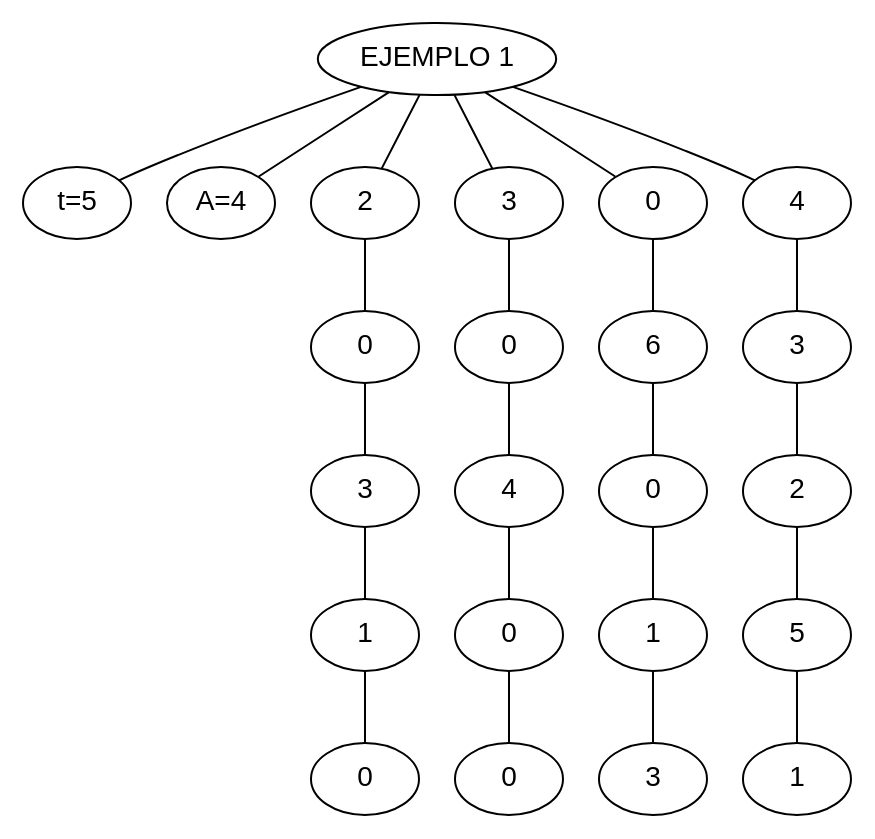
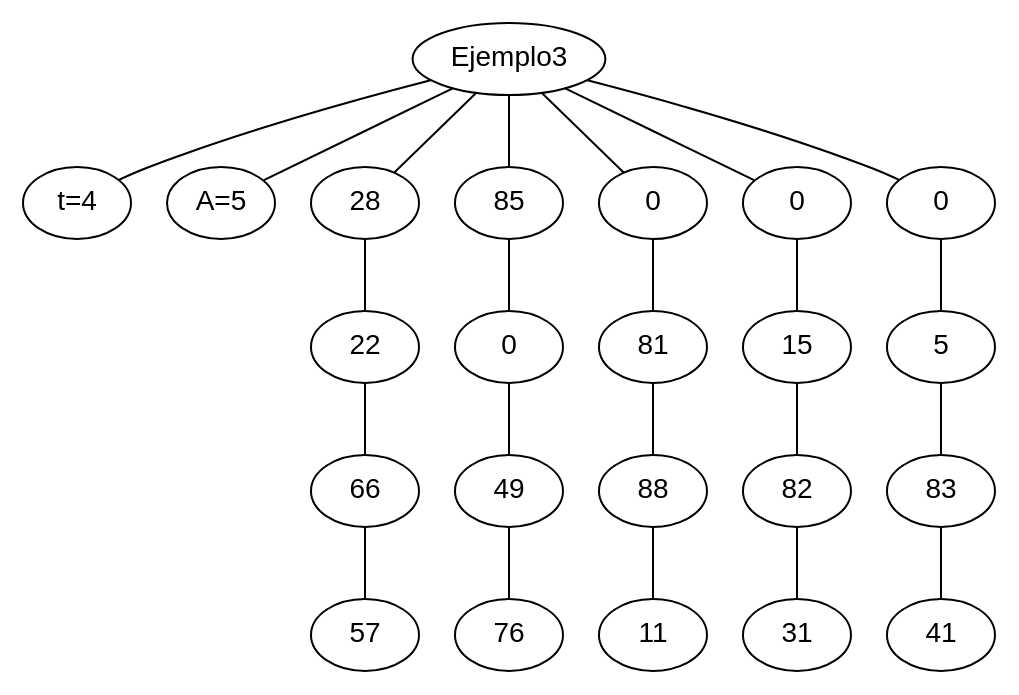
Before and after one commit to nestorVillatoro/IPC2_Proyecto1_202200252: the diagram in Graficas/Grafica-original.dot, drawn with Graphviz. The commit also changed 12 other files, not shown here.

```diff
--- a/Graficas/Grafica-original.dot
+++ b/Graficas/Grafica-original.dot
@@ -1,62 +1,56 @@
 graph ""
     {
         fontname="Helvetica,Arial,sans-serif"
         node [fontname="Helvetica,Arial,sans-serif"]
         edge [fontname="Helvetica,Arial,sans-serif"]
 
-        subgraph Prueba1 
+        subgraph Prueba1
         {
-            n1 [label="EJEMPLO 1"];
-        
-            n2 [label="t=5"];
-            n3 [label="A=4"];
+            n1 [label="Ejemplo3"];
+            n2 [label="t=4"];
+            n3 [label="A=5"];
             n1 -- n2;
             n1 -- n3;
             
-            # Fila 1
-            n4 [label="2"];
+            n4 [label="28"];
             n1 -- n4;
-            n5 [label="3"];
+            n5 [label="85"];
             n1 -- n5;
             n6 [label="0"];
             n1 -- n6;
-            n7 [label="4"];
+            n7 [label="0"];
             n1 -- n7;
-            
             n8 [label="0"];
-            n4 -- n8;
-            n9 [label="0"];
-            n5 -- n9;
-            n10 [label="6"];
-            n6 -- n10;
-            n11 [label="3"];
-            n7 -- n11;
-            
-            n12 [label="3"];
-            n8 -- n12;
-            n13 [label="4"];
-            n9 -- n13;
-            n14 [label="0"];
-            n10 -- n14;
-            n15 [label="2"];
-            n11 -- n15;
-            
-            n16 [label="1"];
-            n12 -- n16;
-            n17 [label="0"];
-            n13 -- n17;
-            n18 [label="1"];
-            n14 -- n18;
-            n19 [label="5"];
-            n15 -- n19;
-            
-            n20 [label="0"];
-            n16 -- n20;
-            n21 [label="0"];
-            n17 -- n21;
-            n22 [label="3"];
-            n18 -- n22;
-            n23 [label="1"];
-            n19 -- n23;
-        }
-    }
+            n1 -- n8;
+            n9 [label="22"];
+            n4 -- n9;
+            n10 [label="0"];
+            n5 -- n10;
+            n11 [label="81"];
+            n6 -- n11;
+            n12 [label="15"];
+            n7 -- n12;
+            n13 [label="5"];
+            n8 -- n13;
+            n14 [label="66"];
+            n9 -- n14;
+            n15 [label="49"];
+            n10 -- n15;
+            n16 [label="88"];
+            n11 -- n16;
+            n17 [label="82"];
+            n12 -- n17;
+            n18 [label="83"];
+            n13 -- n18;
+            n19 [label="57"];
+            n14 -- n19;
+            n20 [label="76"];
+            n15 -- n20;
+            n21 [label="11"];
+            n16 -- n21;
+            n22 [label="31"];
+            n17 -- n22;
+            n23 [label="41"];
+            n18 -- n23;
+                        }
+                        }
```
